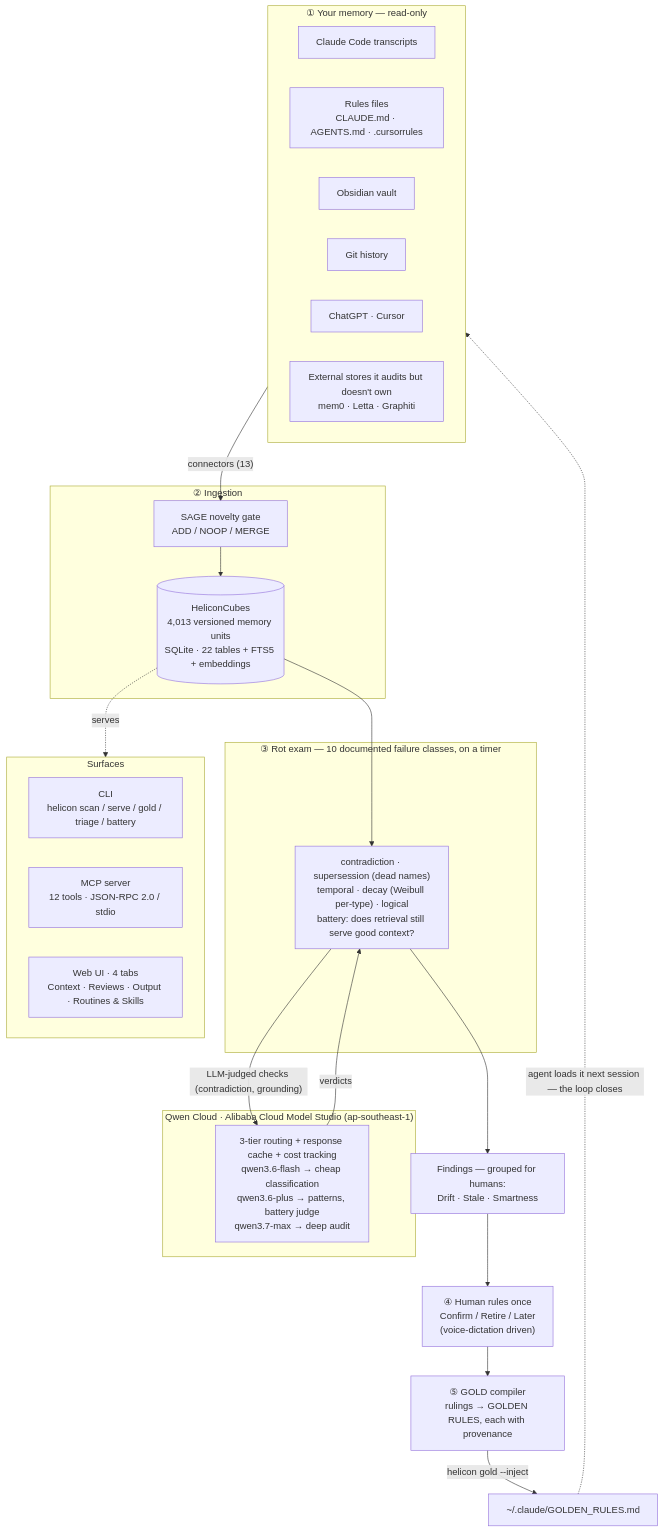
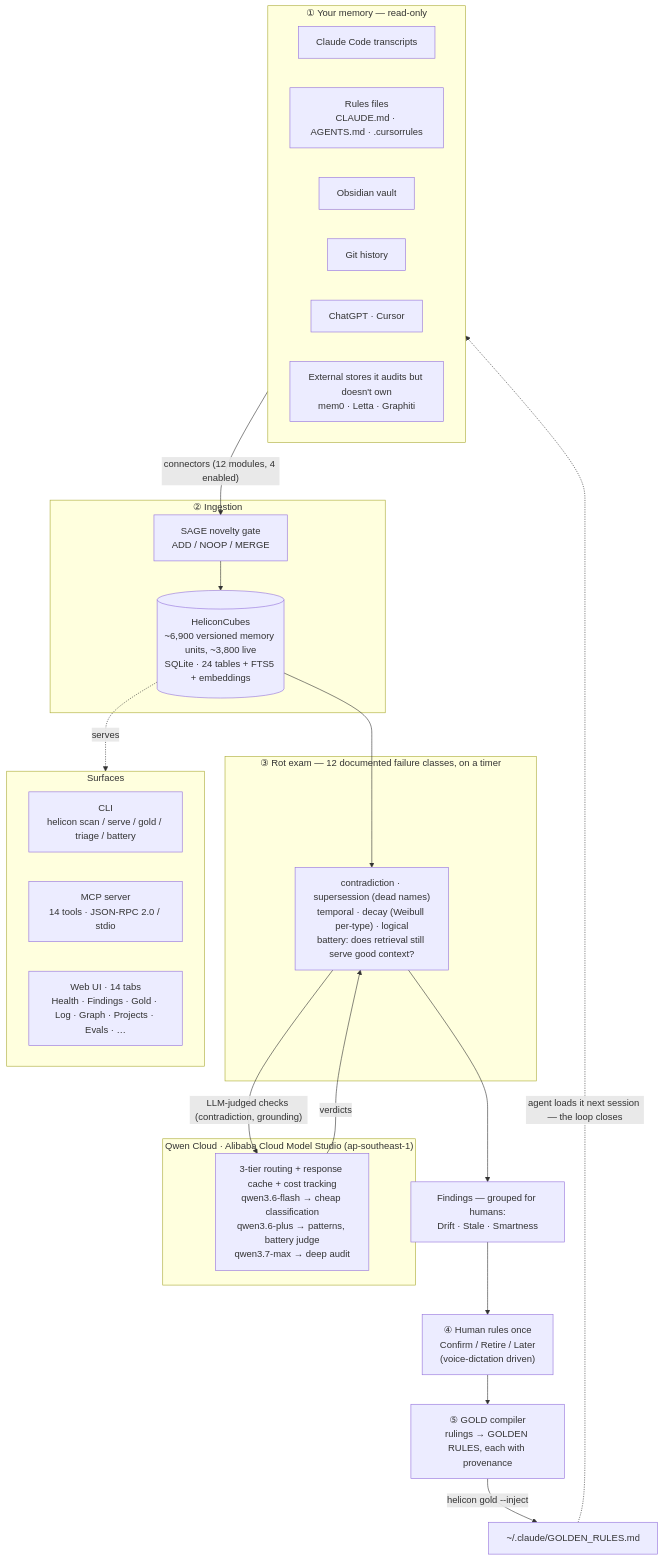
The diagram in ARCHITECTURE.md (Morkeeth/mountain-of-helicon), drawn with Mermaid before and after one commit. The commit also changed other lines of this file and 1 other file, not shown here.

Commit message:
docs: fix ARCHITECTURE numbers and the swallowed R11 row in ROT.md
ARCHITECTURE.md line 5 promises "numbers below are from the live demo
database". They were not. connectors 13 -> 12 modules with 4 enabled,
"4,013 versioned memory units" -> ~6,900 (~3,800 live, as-of dated
because it moves), 22 tables -> 24 (route_evidence and run_cards were
missing from the list as well as the count), 10 failure classes -> 12 in
both places, MCP 12 tools -> 14, "Web UI · 4 tabs" -> 14.

The storage section now ends its core-table list before the FTS index
instead of trailing "plus cubes_fts" inside the same sentence, so the
list that follows "24 core tables" is 24 items long and can be checked
mechanically. cubes_fts is an index, not one of the counted tables, and
the doc now says why.

ROT.md, found while counting rows rather than trusting the headline:
R11's row was glued onto the end of R10's line, so the 12-class
catalogue rendered 11 rows, R10 carried R11's cells as extra columns,
and R10 lost its status cell. The catalogue is the doc the whole exam
refers to. Split into two rows; all 12 now render with 6 columns and a
TESTED status. Content unchanged.

````diff
--- a/ARCHITECTURE.md
+++ b/ARCHITECTURE.md
@@ -9,45 +9,45 @@
 ```mermaid
 flowchart TD
   subgraph SRC["① Your memory — read-only"]
     A1["Claude Code transcripts"]
     A2["Rules files<br/>CLAUDE.md · AGENTS.md · .cursorrules"]
     A3["Obsidian vault"]
     A4["Git history"]
     A5["ChatGPT · Cursor"]
     A6["External stores it audits but doesn't own<br/>mem0 · Letta · Graphiti"]
   end
 
-  SRC -->|"connectors (13)"| GATE
+  SRC -->|"connectors (12 modules, 4 enabled)"| GATE
 
   subgraph INGEST["② Ingestion"]
     GATE["SAGE novelty gate<br/>ADD / NOOP / MERGE"]
-    CUBES[("HeliconCubes<br/>4,013 versioned memory units<br/>SQLite · 22 tables + FTS5 + embeddings")]
+    CUBES[("HeliconCubes<br/>~6,900 versioned memory units, ~3,800 live<br/>SQLite · 24 tables + FTS5 + embeddings")]
     GATE --> CUBES
   end
 
   CUBES --> EXAM
 
-  subgraph AUDIT["③ Rot exam — 10 documented failure classes, on a timer"]
+  subgraph AUDIT["③ Rot exam — 12 documented failure classes, on a timer"]
     EXAM["contradiction · supersession (dead names)<br/>temporal · decay (Weibull per-type) · logical<br/>battery: does retrieval still serve good context?"]
   end
 
   EXAM -->|"LLM-judged checks (contradiction, grounding)"| QWEN
   QWEN -->|verdicts| EXAM
 
   subgraph QWENC["Qwen Cloud · Alibaba Cloud Model Studio (ap-southeast-1)"]
     QWEN["3-tier routing + response cache + cost tracking<br/>qwen3.6-flash → cheap classification<br/>qwen3.6-plus → patterns, battery judge<br/>qwen3.7-max → deep audit"]
   end
 
   EXAM --> FIND["Findings — grouped for humans:<br/>Drift · Stale · Smartness"]
   FIND --> HUMAN["④ Human rules once<br/>Confirm / Retire / Later<br/>(voice-dictation driven)"]
   HUMAN --> GOLD["⑤ GOLD compiler<br/>rulings → GOLDEN RULES, each with provenance"]
   GOLD -->|"helicon gold --inject"| INJECT["~/.claude/GOLDEN_RULES.md"]
   INJECT -.->|"agent loads it next session — the loop closes"| SRC
 
   CUBES -.serves.-> SURF
   subgraph SURF["Surfaces"]
     CLI["CLI<br/>helicon scan / serve / gold / triage / battery"]
-    MCP["MCP server<br/>12 tools · JSON-RPC 2.0 / stdio"]
-    WEB["Web UI · 4 tabs<br/>Context · Reviews · Output · Routines & Skills"]
+    MCP["MCP server<br/>14 tools · JSON-RPC 2.0 / stdio"]
+    WEB["Web UI · 14 tabs<br/>Health · Findings · Gold · Log · Graph · Projects · Evals · …"]
   end
 ```
````
